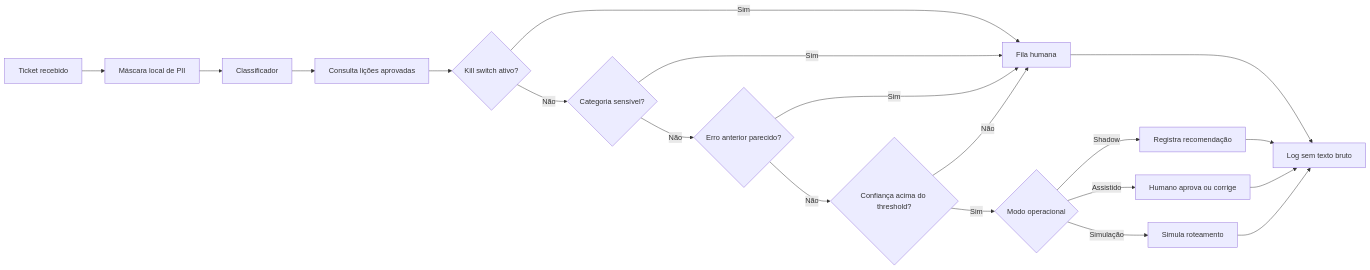
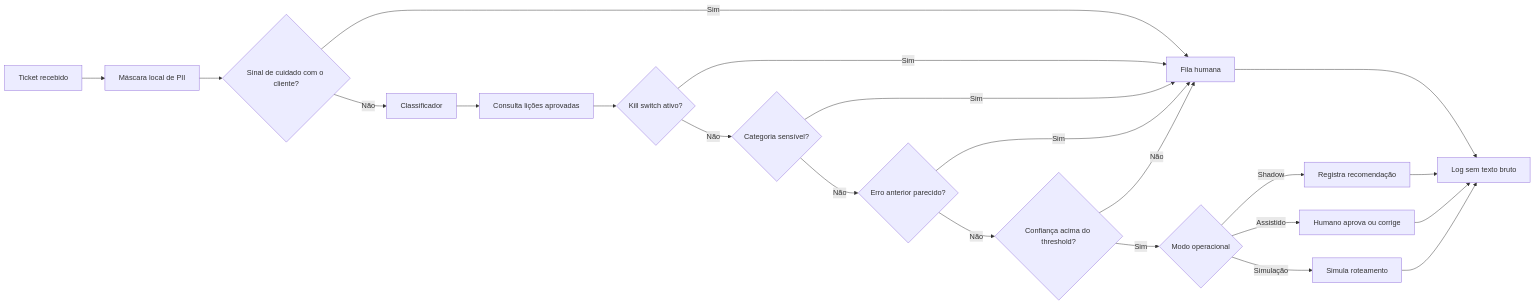
The diagram in submissions/pedro-goncalves/docs/gate-2/arquitetura-final.md (Gestao-Quatro-Ponto-Zero/ai-master-challenge), drawn with Mermaid before and after one commit. The commit also changed other lines of this file and 27 other files, not shown here.

````diff
--- a/submissions/pedro-goncalves/docs/gate-2/arquitetura-final.md
+++ b/submissions/pedro-goncalves/docs/gate-2/arquitetura-final.md
@@ -7,22 +7,24 @@
 ```mermaid
 flowchart LR
     A[Ticket recebido] --> B[Máscara local de PII]
-    B --> C[Classificador]
+    B --> R{Sinal de cuidado com o cliente?}
+    R -->|Sim| H[Fila humana]
+    R -->|Não| C[Classificador]
     C --> M[Consulta lições aprovadas]
     M --> D{Kill switch ativo?}
     D -->|Sim| H[Fila humana]
     D -->|Não| E{Categoria sensível?}
     E -->|Sim| H
     E -->|Não| Q{Erro anterior parecido?}
     Q -->|Sim| H
     Q -->|Não| F{Confiança acima do threshold?}
     F -->|Não| H
     F -->|Sim| G{Modo operacional}
     G -->|Shadow| I[Registra recomendação]
     G -->|Assistido| J[Humano aprova ou corrige]
     G -->|Simulação| K[Simula roteamento]
     I --> L[Log sem texto bruto]
     J --> L
     K --> L
     H --> L
 ```
````
